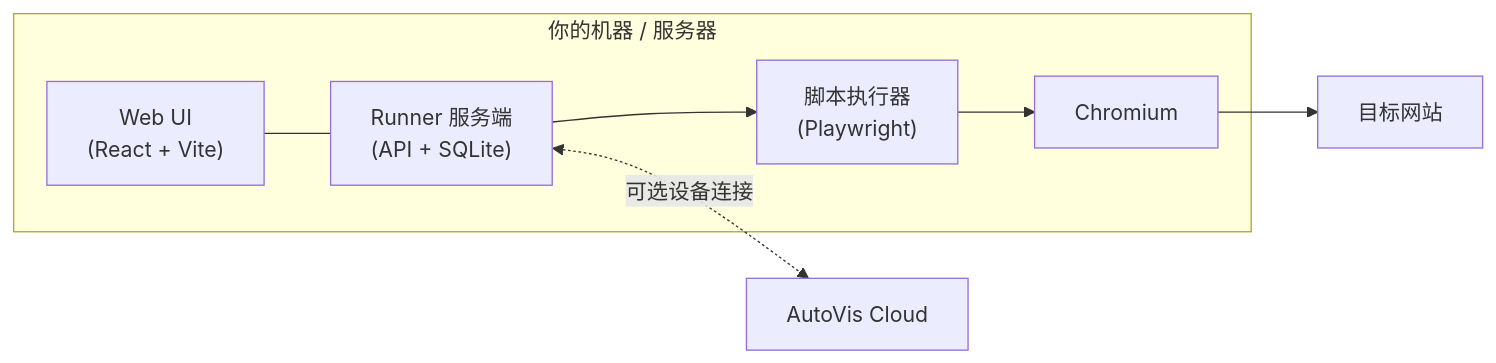
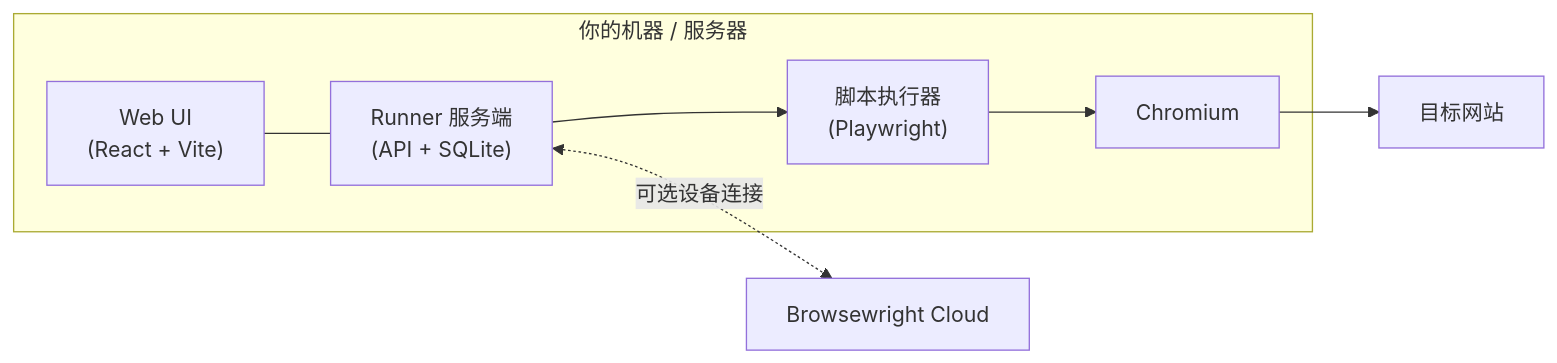
Before and after one commit to Yuikij/autovis-runner: the diagram in README.zh-CN.md, drawn with Mermaid. The commit also changed other lines of this file and 168 other files, not shown here.

Commit message:
rename: AutoVis Runner -> Browsewright Runner (repo, image, paths, env prefix, UI brand)

````diff
--- a/README.zh-CN.md
+++ b/README.zh-CN.md
@@ -142,10 +142,10 @@
 ```mermaid
 flowchart LR
   subgraph runner["你的机器 / 服务器"]
     UI["Web UI<br/>(React + Vite)"] --- API["Runner 服务端<br/>(API + SQLite)"]
     API --> EX["脚本执行器<br/>(Playwright)"]
     EX --> BR["Chromium"]
   end
   BR --> SITES["目标网站"]
-  API <-. "可选设备连接" .-> CLOUD["AutoVis Cloud"]
+  API <-. "可选设备连接" .-> CLOUD["Browsewright Cloud"]
 ```
````
